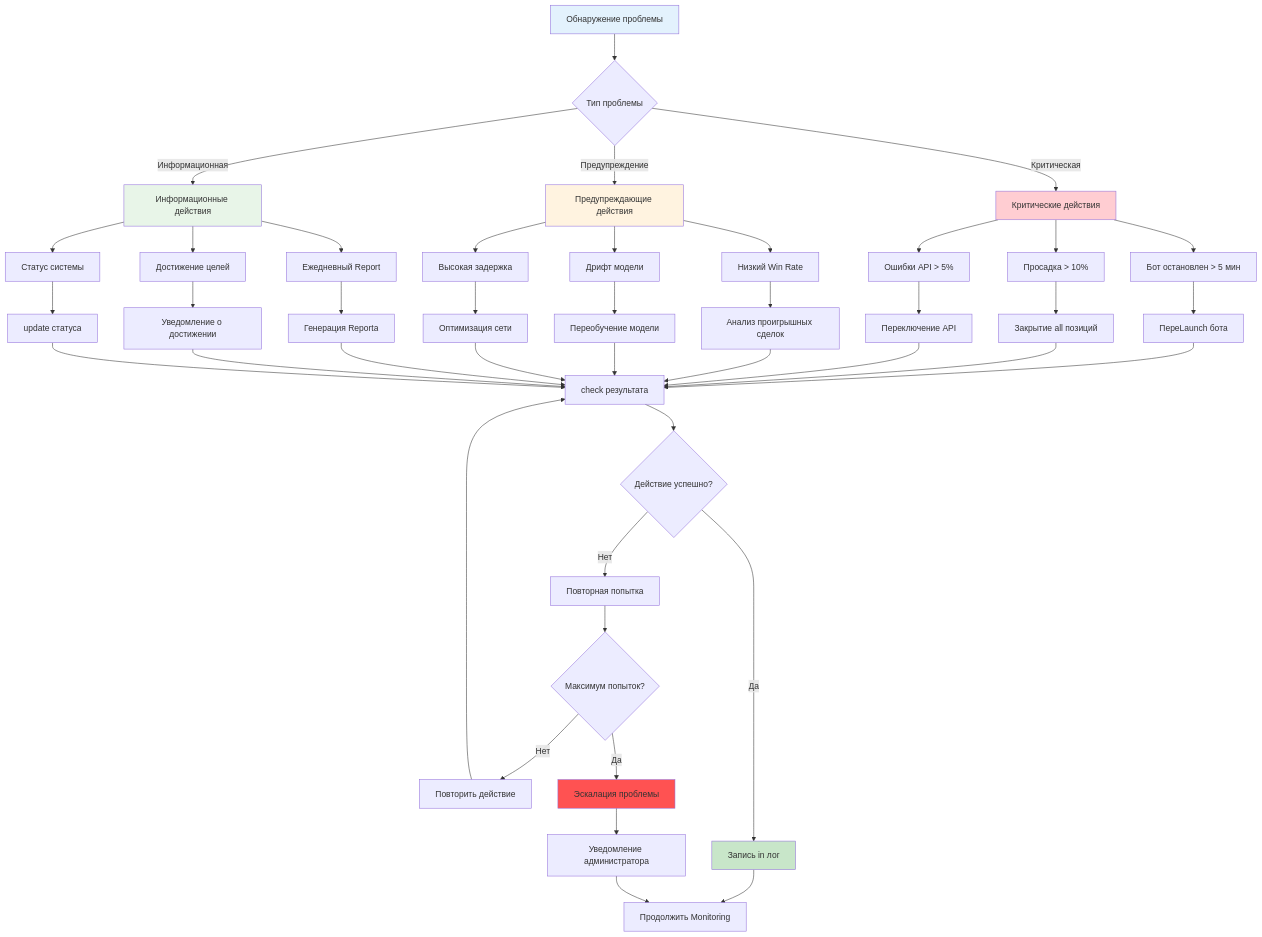
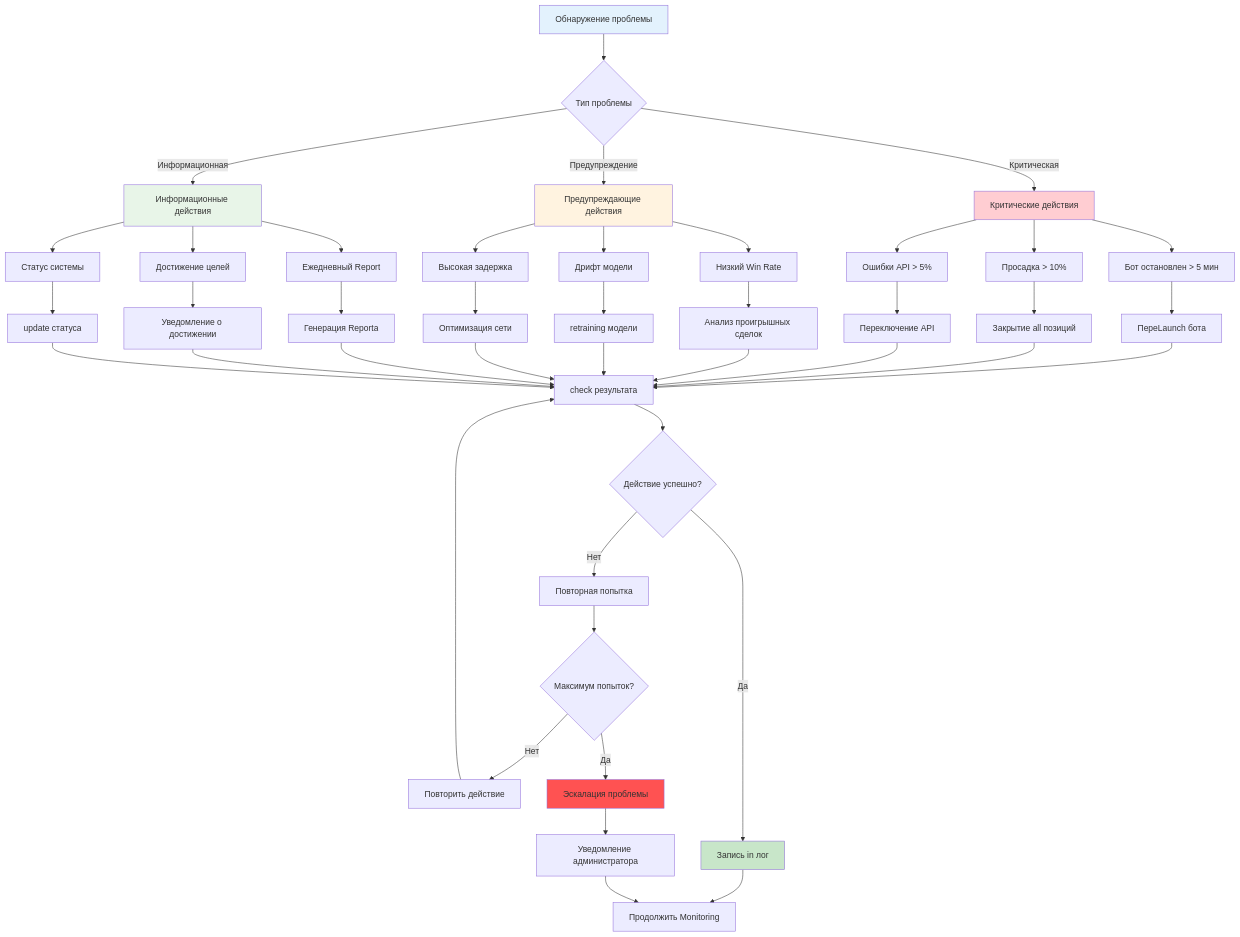
Before and after one commit to NeoZorK/neozork-hld-prediction: the seventh of 8 diagrams in docs/automl/gluon/27_trading_bot_monitoring.md, drawn with Mermaid. The commit also changed other lines of this file and 88 other files, not shown here.

````diff
--- a/docs/automl/gluon/27_trading_bot_monitoring.md
+++ b/docs/automl/gluon/27_trading_bot_monitoring.md
@@ -2273,63 +2273,63 @@
 ```mermaid
 graph TD
 A[Обнаружение проблемы] --> B{Тип проблемы}
 
 B -->|Критическая| C[Критические действия]
 B -->|Предупреждение| D[Предупреждающие действия]
 B -->|Информационная| E[Информационные действия]
 
 C --> C1[Бот остановлен > 5 мин]
 C --> C2[Просадка > 10%]
 C --> C3[Ошибки API > 5%]
 
 D --> D1[Низкий Win Rate]
 D --> D2[Дрифт модели]
 D --> D3[Высокая задержка]
 
 E --> E1[Ежедневный Report]
 E --> E2[Достижение целей]
 E --> E3[Статус системы]
 
 C1 --> F[ПереLaunch бота]
 C2 --> G[Закрытие all позиций]
 C3 --> H[Переключение API]
 
 D1 --> I[Анализ проигрышных сделок]
-D2 --> J[Переобучение модели]
+D2 --> J[retraining модели]
 D3 --> K[Оптимизация сети]
 
 E1 --> L[Генерация Reportа]
 E2 --> M[Уведомление о достижении]
 E3 --> N[update статуса]
 
 F --> O[check результата]
  G --> O
  H --> O
  I --> O
  J --> O
  K --> O
  L --> O
  M --> O
  N --> O
 
 O --> P{Действие успешно?}
 P -->|Да| Q[Запись in лог]
 P -->|Нет| R[Повторная попытка]
 
 R --> S{Максимум попыток?}
 S -->|Нет| T[Повторить действие]
 S -->|Да| U[Эскалация проблемы]
 
  T --> O
 U --> V[Уведомление администратора]
 
 Q --> W[Продолжить Monitoring]
  V --> W
 
  style A fill:#e3f2fd
  style C fill:#ffcdd2
  style D fill:#fff3e0
  style E fill:#e8f5e8
  style Q fill:#c8e6c9
  style U fill:#ff5252
 ```
````
